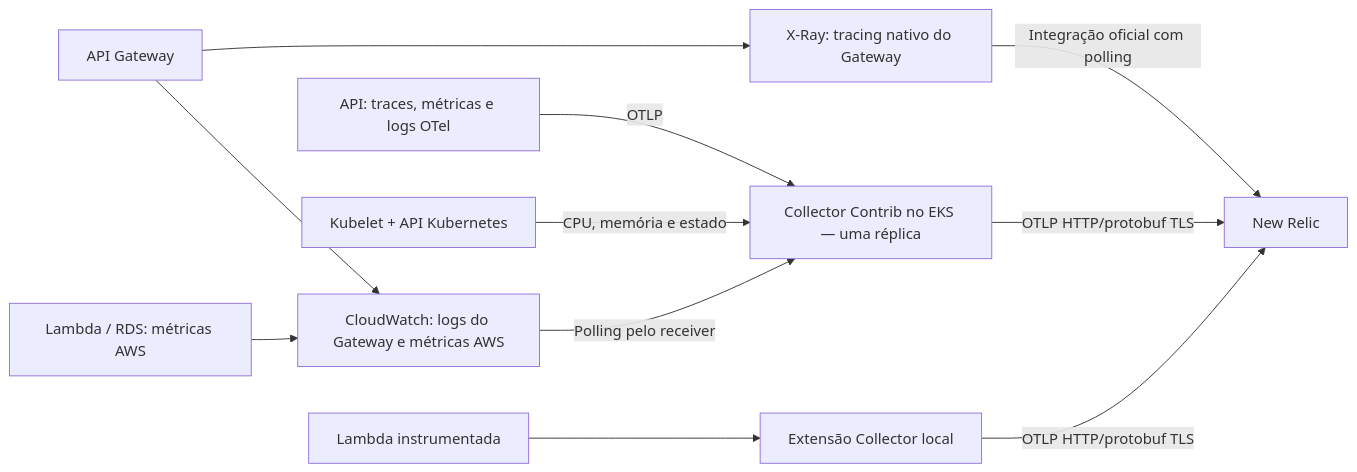
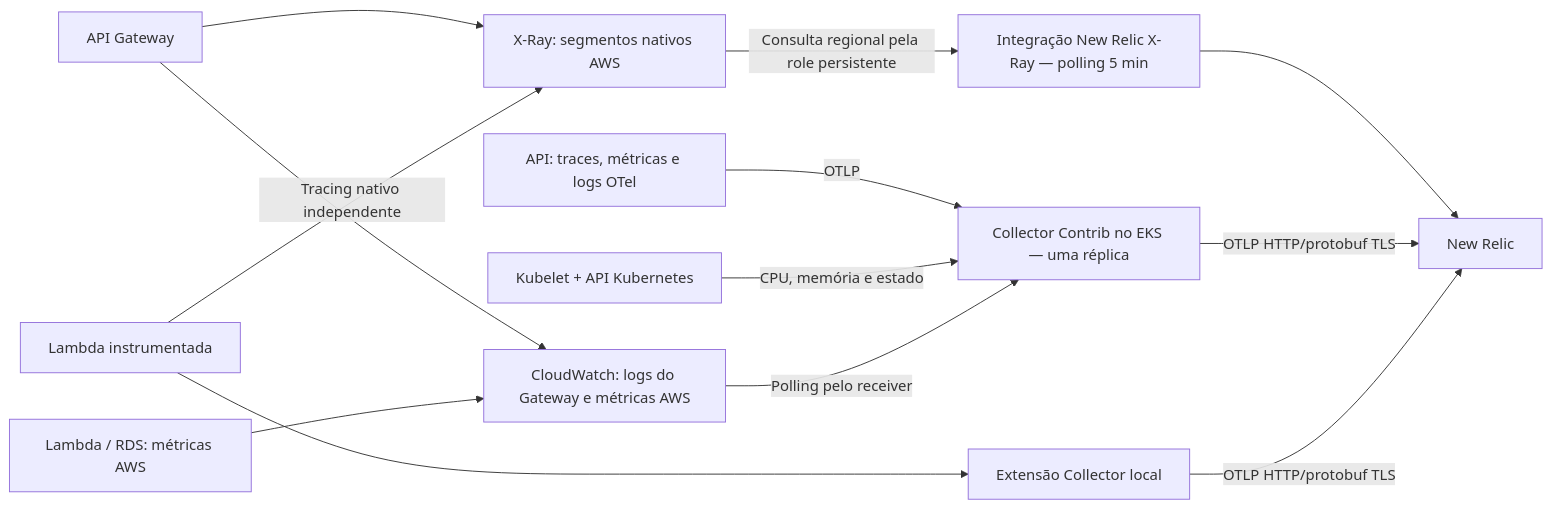
The second of 2 diagrams in docs/arquitetura/diagramas/COMPONENTES.md (pknfelps/GerenciamentoMecanicaSistema), drawn with Mermaid before and after one commit. The commit also changed other lines of this file and 3 other files, not shown here.

````diff
--- a/docs/arquitetura/diagramas/COMPONENTES.md
+++ b/docs/arquitetura/diagramas/COMPONENTES.md
@@ -54,13 +54,15 @@
 ```mermaid
 flowchart LR
     API["API: traces, métricas e logs OTel"] -->|"OTLP"| COL["Collector Contrib no EKS — uma réplica"]
     K8S["Kubelet + API Kubernetes"] -->|"CPU, memória e estado"| COL
     FN["Lambda instrumentada"] --> LCOL["Extensão Collector local"]
     GW["API Gateway"] --> CW["CloudWatch: logs do Gateway e métricas AWS"]
     AWS["Lambda / RDS: métricas AWS"] --> CW
     CW -->|"Polling pelo receiver"| COL
-    GW --> XR["X-Ray: tracing nativo do Gateway"]
-    XR -->|"Integração oficial com polling"| NR["New Relic"]
+    GW --> XR["X-Ray: segmentos nativos AWS"]
+    FN -->|"Tracing nativo independente"| XR
+    XR -->|"Consulta regional pela role persistente"| LINK["Integração New Relic X-Ray — polling 5 min"]
+    LINK --> NR["New Relic"]
     COL -->|"OTLP HTTP/protobuf TLS"| NR
     LCOL -->|"OTLP HTTP/protobuf TLS"| NR
 ```
````
